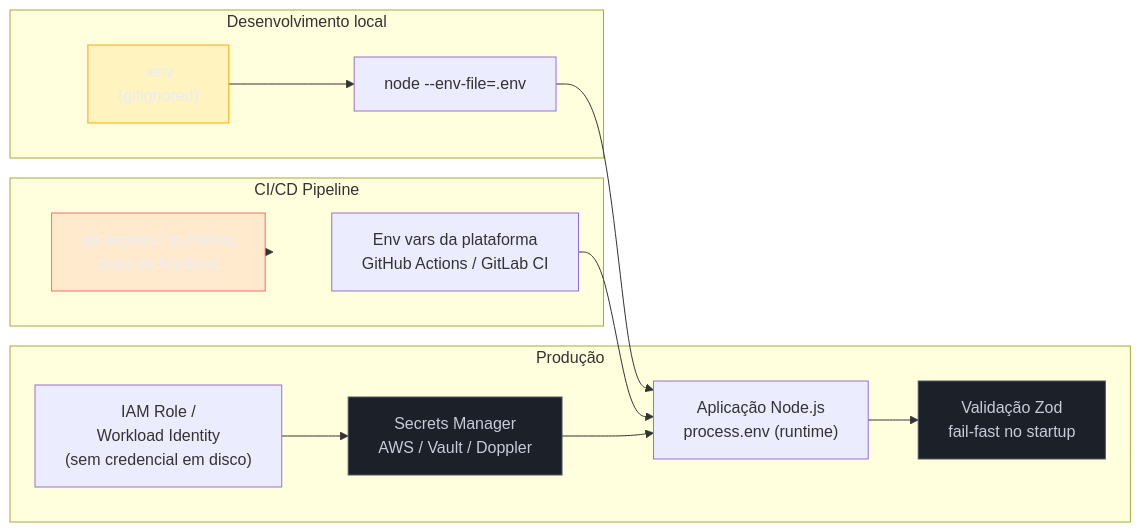
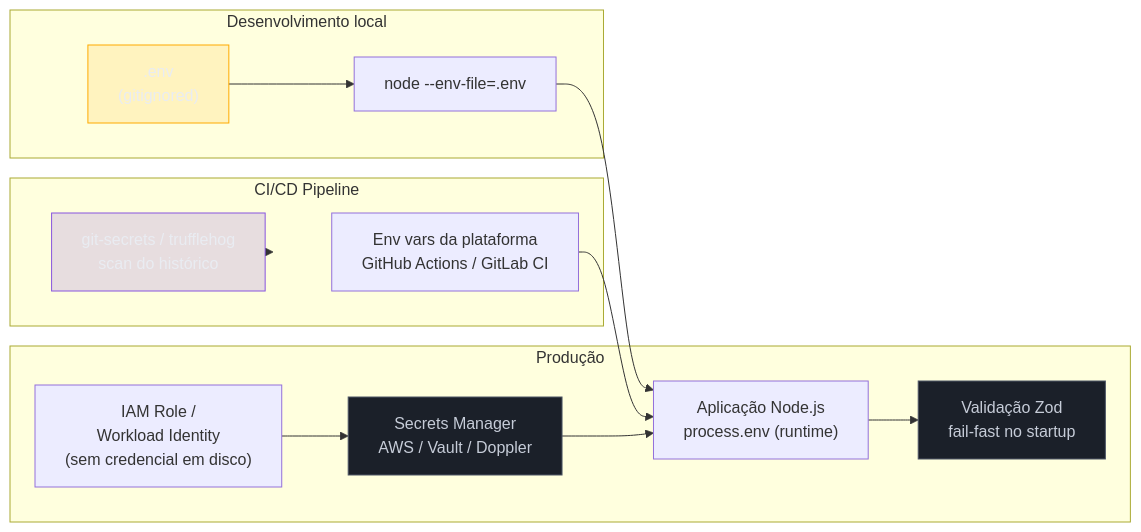
One commit to josenaldo/codex-technomanticus changed the diagram in 03-Dominios/Tecnologia/Node/Segurança/02 - Segredos e variáveis de ambiente.md. Above: the diagram before and after it, drawn with Mermaid. The commit also changed 601 other files, not shown here.

````diff
--- a/03-Dominios/Tecnologia/Node/Segurança/02 - Segredos e variáveis de ambiente.md
+++ b/03-Dominios/Tecnologia/Node/Segurança/02 - Segredos e variáveis de ambiente.md
@@ -26,37 +26,37 @@
 ```mermaid
 flowchart LR
+    classDef marca fill:#8855DF33,stroke:#8855DF,color:#E9ECF2
     classDef destaque fill:#FFAA0024,stroke:#FFAA00,color:#E9ECF2
     classDef neutro fill:#1B2029,stroke:#4E5666,color:#C6CCD8
-    classDef falha fill:#FF6B6B24,stroke:#FF6B6B,color:#E9ECF2
     subgraph DEV ["Desenvolvimento local"]
         ENV[".env\n(gitignored)"]
         NODEENV["node --env-file=.env"]
     end
 
     subgraph CI ["CI/CD Pipeline"]
         CIENV["Env vars da plataforma\nGitHub Actions / GitLab CI"]
         AUDIT["git-secrets / trufflehog\nscan do histórico"]
     end
 
     subgraph PROD ["Produção"]
         SM["Secrets Manager\nAWS / Vault / Doppler"]
         IAM["IAM Role /\nWorkload Identity\n(sem credencial em disco)"]
         APP["Aplicação Node.js\nprocess.env (runtime)"]
         ZOD["Validação Zod\nfail-fast no startup"]
     end
 
     ENV --> NODEENV
     NODEENV --> APP
 
     CIENV --> APP
     AUDIT --> CI
 
     IAM --> SM
     SM --> APP
     APP --> ZOD
 
     class ENV destaque
     class SM neutro
     class ZOD neutro
-    class AUDIT falha
+    class AUDIT marca
 ```
````
